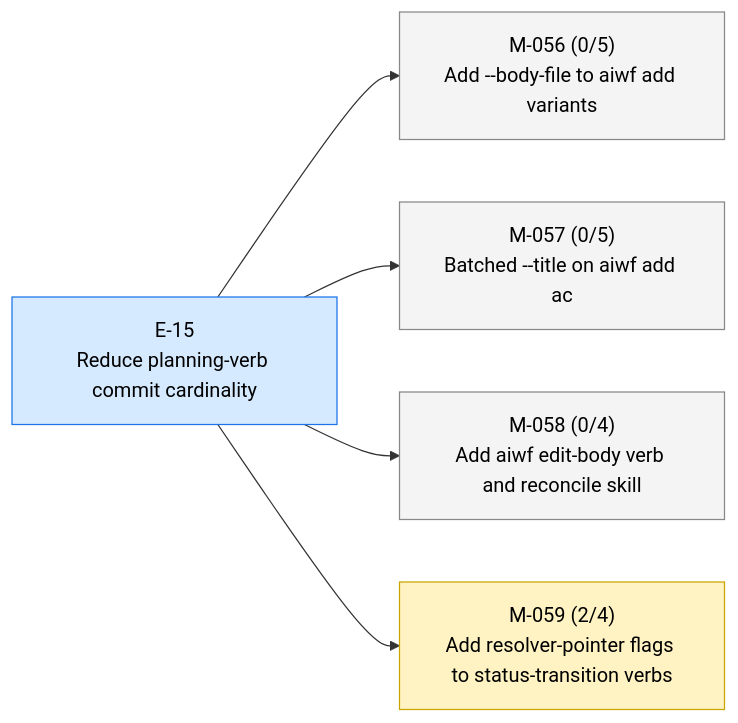
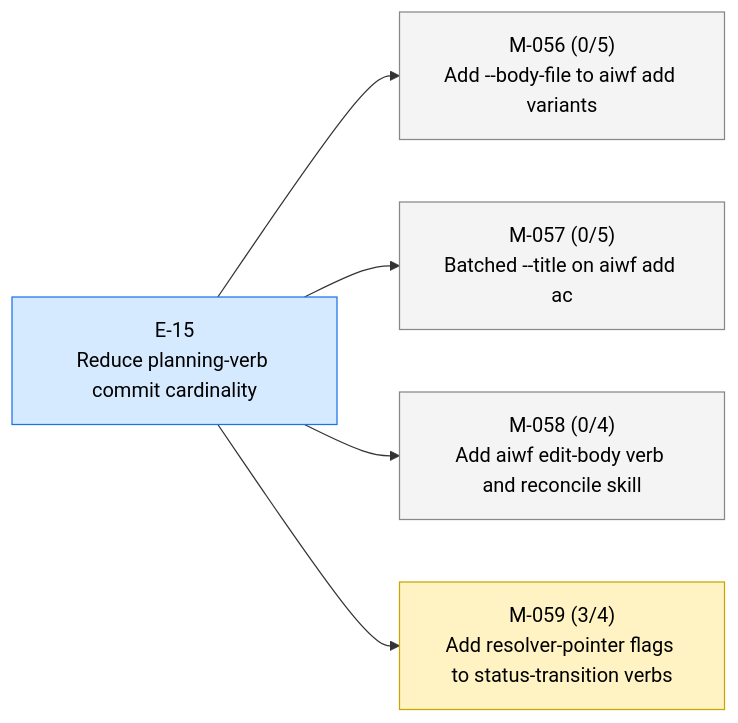
One commit to 23min/aiwf changed the first of 3 diagrams in STATUS.md. Above: the diagram before and after it, drawn with Mermaid. The commit also changed other lines of this file and 1 other file, not shown here.

````diff
--- a/STATUS.md
+++ b/STATUS.md
@@ -14,18 +14,18 @@
 ```mermaid
 flowchart LR
   E_15["E-15<br/>Reduce planning-verb commit cardinality"]:::epic_active
   M_056["M-056 (0/5)<br/>Add --body-file to aiwf add variants"]:::ms_draft
   E_15 --> M_056
   M_057["M-057 (0/5)<br/>Batched --title on aiwf add ac"]:::ms_draft
   E_15 --> M_057
   M_058["M-058 (0/4)<br/>Add aiwf edit-body verb and reconcile skill"]:::ms_draft
   E_15 --> M_058
-  M_059["M-059 (2/4)<br/>Add resolver-pointer flags to status-transition verbs"]:::ms_in_progress
+  M_059["M-059 (3/4)<br/>Add resolver-pointer flags to status-transition verbs"]:::ms_in_progress
   E_15 --> M_059
   classDef epic_active fill:#d6eaff,stroke:#1a73e8,color:#000
   classDef epic_proposed fill:#f4f4f4,stroke:#888,color:#000
   classDef ms_done fill:#d8f5d8,stroke:#2a8a2a,color:#000
   classDef ms_in_progress fill:#fff3c4,stroke:#caa400,color:#000
   classDef ms_draft fill:#f4f4f4,stroke:#888,color:#000
   classDef ms_cancelled fill:#fbeaea,stroke:#c33,color:#000
 ```
````
